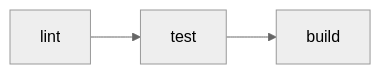
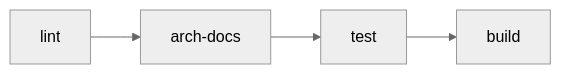
One commit to jonathan-nascimento51/glpi_dashboard_cau changed the diagram in docs/WORKFLOWS.md. Above: the diagram before and after it, drawn with Mermaid (neutral theme). The commit also changed other lines of this file and 1 other file, not shown here.

Commit message:
CI: validate architecture docs

````diff
--- a/docs/WORKFLOWS.md
+++ b/docs/WORKFLOWS.md
@@ -15,4 +16,4 @@
 ```mermaid
 flowchart LR
-  lint --> test --> build
+  lint --> arch-docs --> test --> build
 ```
````
